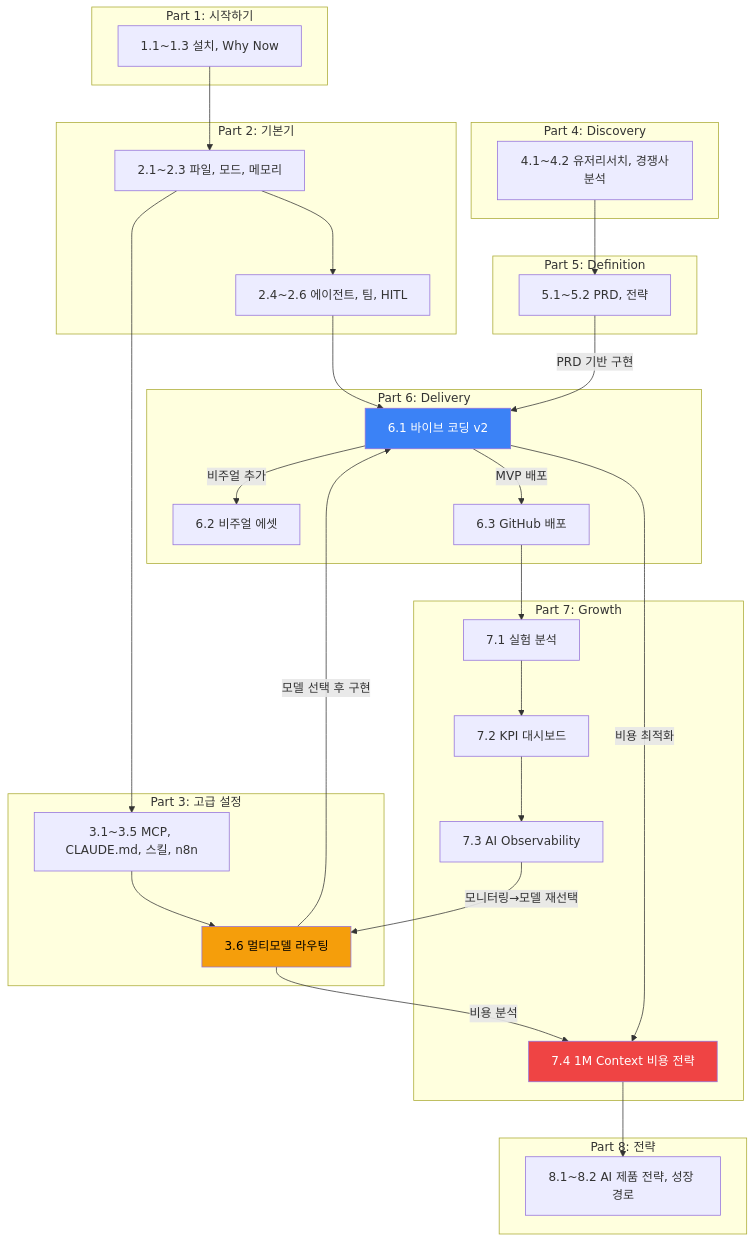
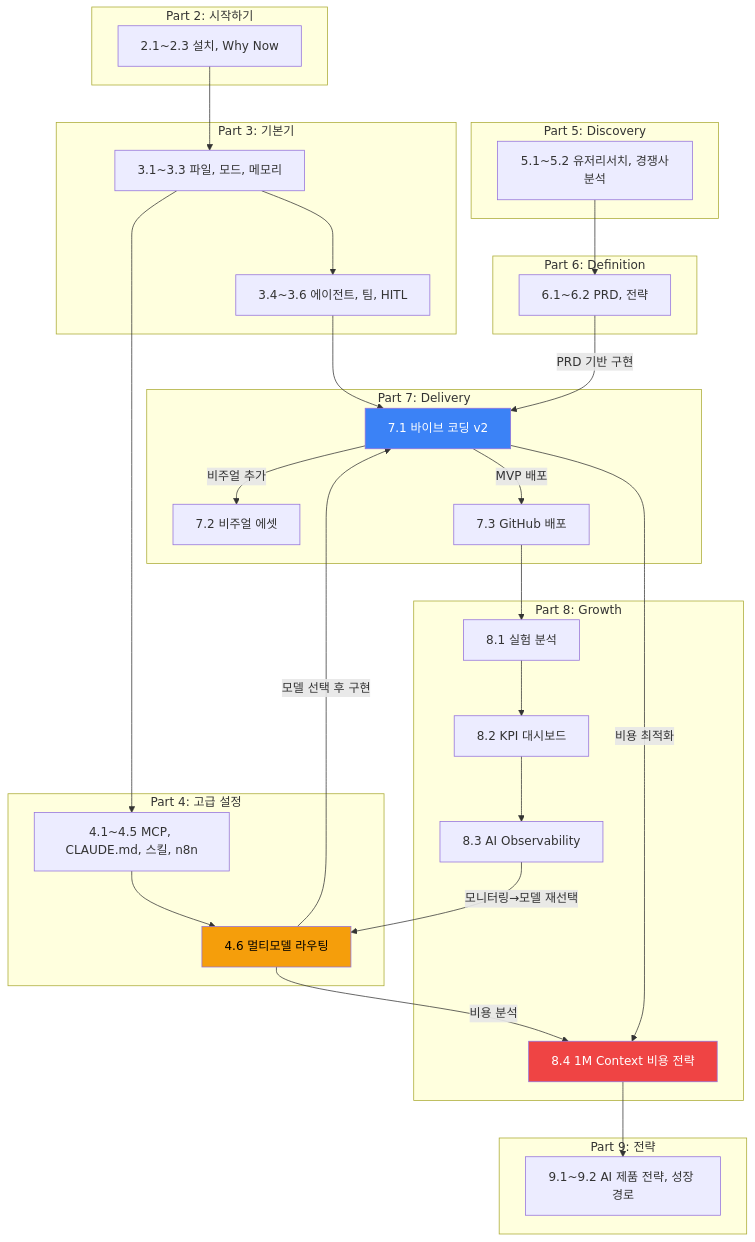
The diagram in 260217_ai_pm/docs/final_v1/bridge-modules.md (kimsanguine/agent), drawn with Mermaid before and after one commit. The commit also changed other lines of this file and 116 other files, not shown here.

````diff
--- a/260217_ai_pm/docs/final_v1/bridge-modules.md
+++ b/260217_ai_pm/docs/final_v1/bridge-modules.md
@@ -11,63 +11,63 @@
 ```mermaid
 flowchart TB
-    subgraph Part1 [Part 1: 시작하기]
-        P1[1.1~1.3 설치, Why Now]
+    subgraph Part1 [Part 2: 시작하기]
+        P1[2.1~2.3 설치, Why Now]
     end
 
-    subgraph Part2 [Part 2: 기본기]
-        P2a[2.1~2.3 파일, 모드, 메모리]
-        P2b[2.4~2.6 에이전트, 팀, HITL]
+    subgraph Part2 [Part 3: 기본기]
+        P2a[3.1~3.3 파일, 모드, 메모리]
+        P2b[3.4~3.6 에이전트, 팀, HITL]
     end
 
-    subgraph Part3 [Part 3: 고급 설정]
-        P3a[3.1~3.5 MCP, CLAUDE.md, 스킬, n8n]
-        P3b[3.6 멀티모델 라우팅]
+    subgraph Part3 [Part 4: 고급 설정]
+        P3a[4.1~4.5 MCP, CLAUDE.md, 스킬, n8n]
+        P3b[4.6 멀티모델 라우팅]
     end
 
-    subgraph Part4 [Part 4: Discovery]
-        P4[4.1~4.2 유저리서치, 경쟁사분석]
+    subgraph Part4 [Part 5: Discovery]
+        P4[5.1~5.2 유저리서치, 경쟁사분석]
     end
 
-    subgraph Part5 [Part 5: Definition]
-        P5[5.1~5.2 PRD, 전략]
+    subgraph Part5 [Part 6: Definition]
+        P5[6.1~6.2 PRD, 전략]
     end
 
-    subgraph Part6 [Part 6: Delivery]
-        P6a[6.1 바이브 코딩 v2]
-        P6b[6.2 비주얼 에셋]
-        P6c[6.3 GitHub 배포]
+    subgraph Part6 [Part 7: Delivery]
+        P6a[7.1 바이브 코딩 v2]
+        P6b[7.2 비주얼 에셋]
+        P6c[7.3 GitHub 배포]
     end
 
-    subgraph Part7 [Part 7: Growth]
-        P7a[7.1 실험 분석]
-        P7b[7.2 KPI 대시보드]
-        P7c[7.3 AI Observability]
-        P7d[7.4 1M Context 비용 전략]
+    subgraph Part7 [Part 8: Growth]
+        P7a[8.1 실험 분석]
+        P7b[8.2 KPI 대시보드]
+        P7c[8.3 AI Observability]
+        P7d[8.4 1M Context 비용 전략]
     end
 
-    subgraph Part8 [Part 8: 전략]
-        P8[8.1~8.2 AI 제품 전략, 성장 경로]
+    subgraph Part8 [Part 9: 전략]
+        P8[9.1~9.2 AI 제품 전략, 성장 경로]
     end
 
     P1 --> P2a
     P2a --> P2b
     P2a --> P3a
     P2b --> P6a
     P3a --> P3b
     P3b -->|모델 선택 후 구현| P6a
     P3b -->|비용 분석| P7d
     P4 --> P5
     P5 -->|PRD 기반 구현| P6a
     P6a -->|MVP 배포| P6c
     P6a -->|비주얼 추가| P6b
     P6a -->|비용 최적화| P7d
     P6c --> P7a
     P7a --> P7b
     P7b --> P7c
     P7c -->|모니터링→모델 재선택| P3b
     P7d --> P8
 
     style P3b fill:#f59e0b,color:#000
     style P6a fill:#3b82f6,color:#fff
     style P7d fill:#ef4444,color:#fff
 ```
````
